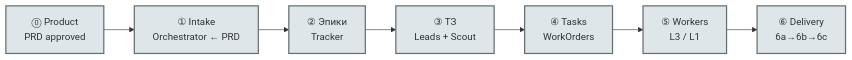
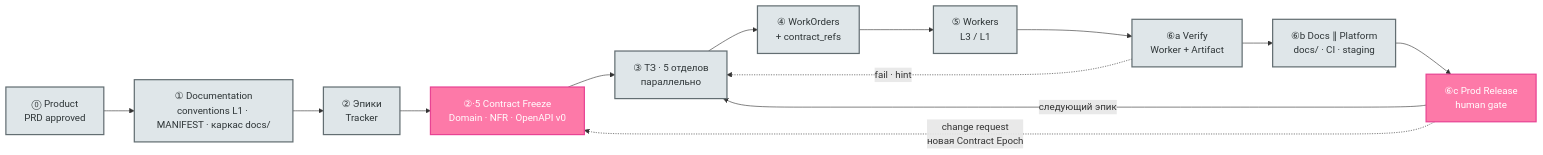
One commit to GreyKxtx/Orchestra changed the tenth of 21 diagrams in docs/architecture/orchestra-routing.md. Above: the diagram before and after it, drawn with Mermaid. The commit also changed other lines of this file and 108 other files, not shown here.

First line of the commit message:
feat(orchestra): vNext SDLC runtime — gates, contract epoch, question barrier, tier labels

````diff
--- a/docs/architecture/orchestra-routing.md
+++ b/docs/architecture/orchestra-routing.md
@@ -495,14 +936,21 @@
 ```mermaid
 flowchart LR
     classDef phase fill:#dfe6e9,stroke:#636e72,stroke-width:2px,color:#2d3436
+    classDef freeze fill:#fd79a8,stroke:#e84393,stroke-width:2px,color:#fff
 
     P0["⓪ Product<br>PRD approved"]:::phase
-    P1["① Intake<br>Orchestrator ← PRD"]:::phase
+    P1["① Documentation<br>conventions L1 · MANIFEST · каркас docs/"]:::phase
     P2["② Эпики<br>Tracker"]:::phase
-    P3["③ ТЗ<br>Leads + Scout"]:::phase
-    P4["④ Tasks<br>WorkOrders"]:::phase
+    P25["②·5 Contract Freeze<br>Domain · NFR · OpenAPI v0"]:::freeze
+    P3["③ ТЗ · 5 отделов<br>параллельно"]:::phase
+    P4["④ WorkOrders<br>+ contract_refs"]:::phase
     P5["⑤ Workers<br>L3 / L1"]:::phase
-    P6["⑥ Delivery<br>6a→6b→6c"]:::phase
+    P6a["⑥a Verify<br>Worker + Artifact"]:::phase
+    P6b["⑥b Docs ∥ Platform<br>docs/ · CI · staging"]:::phase
+    P6c["⑥c Prod Release<br>human gate"]:::freeze
 
-    P0 --> P1 --> P2 --> P3 --> P4 --> P5 --> P6
+    P0 --> P1 --> P2 --> P25 --> P3 --> P4 --> P5 --> P6a --> P6b --> P6c
+    P6a -.->|"fail · hint"| P3
+    P6c -->|"следующий эпик"| P3
+    P6c -.->|"change request<br>новая Contract Epoch"| P25
 ```
````
